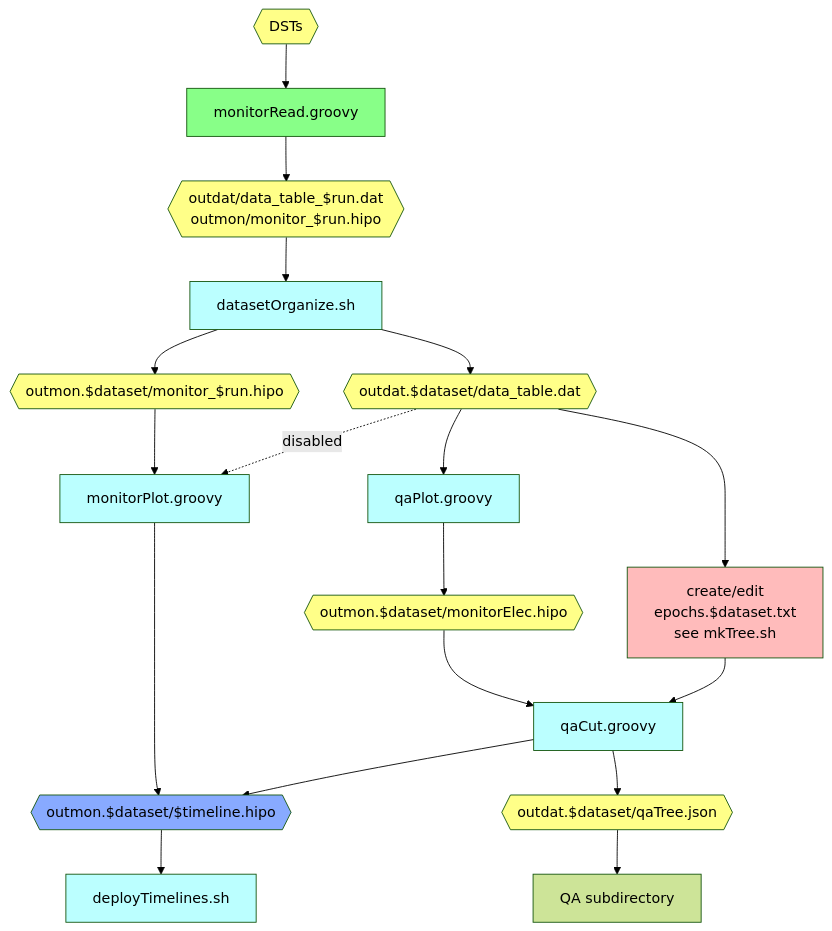
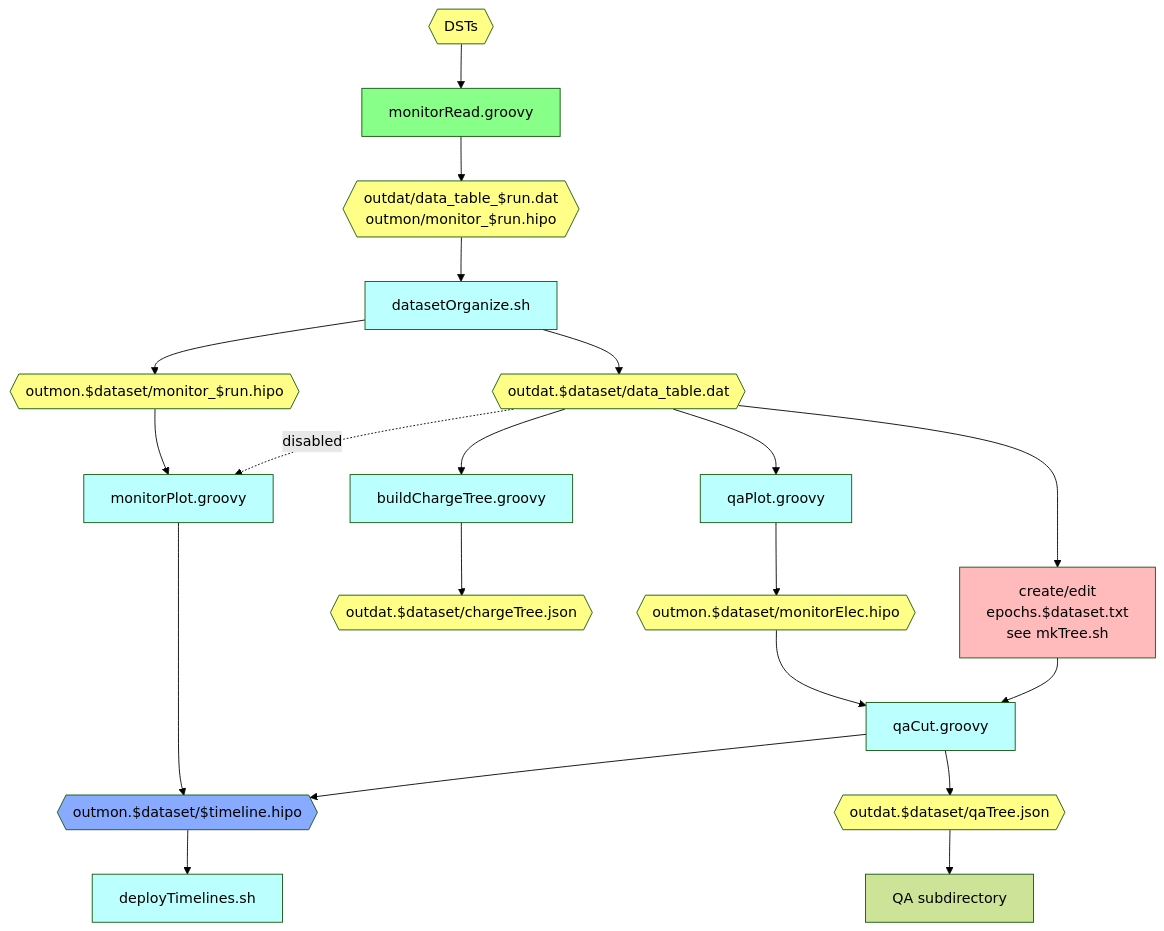
One commit to raffaelladevita/clas12-timeline changed the diagram in doc/src/automaticQA.mmd. Above: the diagram before and after it, drawn with Mermaid (forest theme). The commit also changed 3 other files, not shown here.

Commit message:
chargeTree builder done

```diff
--- a/doc/src/automaticQA.mmd
+++ b/doc/src/automaticQA.mmd
@@ -1,31 +1,34 @@
 graph TD;
     dst{{DSTs}}:::data --> monitorRead[monitorRead.groovy]:::exeSlurm;
     monitorRead --> monitorReadOut{{outdat/data_table_$run.dat<br>outmon/monitor_$run.hipo}}:::data;
     monitorReadOut --> do[datasetOrganize.sh]:::exeTimeline;
     do --> dm{{outmon.$dataset/monitor_$run.hipo}}:::data
     do --> dt{{outdat.$dataset/data_table.dat}}:::data
     
     dm --> monitorPlot[monitorPlot.groovy]:::exeTimeline;
     monitorPlot --> tl{{outmon.$dataset/$timeline.hipo}}:::timeline;
     
     dt -.-> |disabled|monitorPlot
     dt --> qaPlot[qaPlot.groovy]:::exeTimeline;
     dt --> man[create/edit<br>epochs.$dataset.txt<br>see mkTree.sh]:::manual;
+    dt --> dj[buildChargeTree.groovy]:::exeTimeline;
+    dj --> ct{{outdat.$dataset/chargeTree.json}}:::data;
+
     qaPlot --> monitorElec{{outmon.$dataset/monitorElec.hipo}}:::data;
     monitorElec --> qaCut[qaCut.groovy]:::exeTimeline;
     man --> qaCut;
     qaCut --> tl;
     qaCut --> qaTree{{outdat.$dataset/qaTree.json}}:::data
     qaTree --> cd[QA subdirectory]
     
     tl --> deploy[deployTimelines.sh]:::exeTimeline;
     
  
     
     
     classDef data fill:#ff8;
     classDef exeSlurm fill:#8f8;
     classDef exeTimeline fill:#bff;
     classDef manual fill:#fbb;
     classDef timeline fill:#8af;
     classDef qa fill:#f8f;
```
